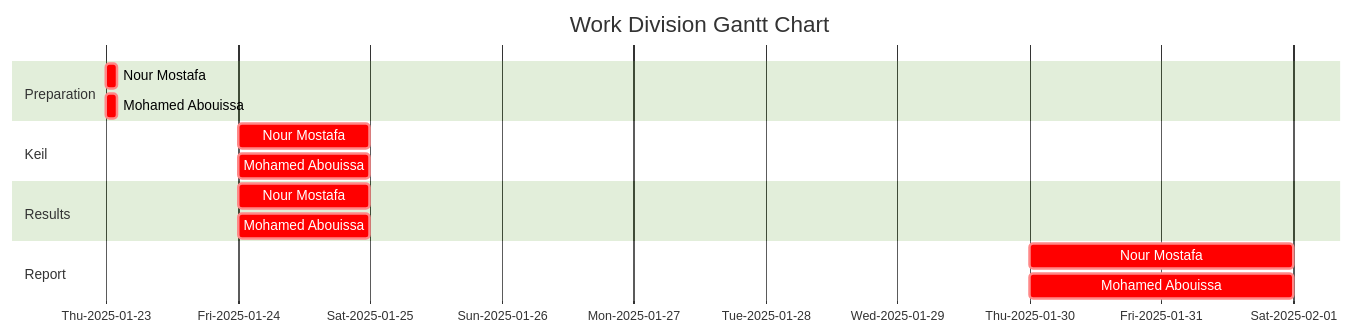
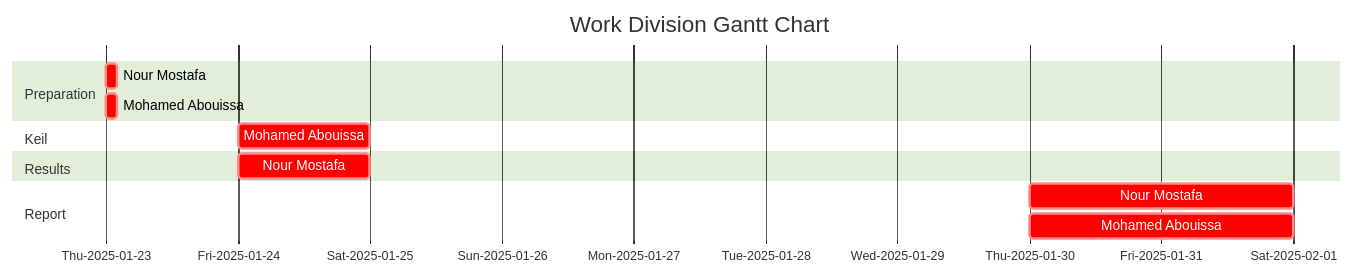
The diagram in Lab 01 - Digital Logic Implemented on a Microcontroller/README.md (MONO-1223/AURAK-CENG432-EmbeddedSystemDesignLab), drawn with Mermaid (forest theme) before and after one commit. The commit also changed other lines of this file, not shown here.

````diff
--- a/Lab 01 - Digital Logic Implemented on a Microcontroller/README.md
+++ b/Lab 01 - Digital Logic Implemented on a Microcontroller/README.md
@@ -286,19 +282,17 @@
 ```mermaid
 gantt
     title Work Division Gantt Chart
     tickInterval 1day
     todayMarker off
     axisFormat %a-%Y-%m-%d
     section Preparation         
         Nour Mostafa : crit, 2025-01-23 00:00, 02h
         Mohamed Abouissa : crit, 2025-01-23 00:00, 02h
     section Keil         
-        Nour Mostafa : crit, 2025-01-24 00:00, 1d
         Mohamed Abouissa : crit,2025-01-24 00:00, 1d
     section Results       
         Nour Mostafa : crit, 2025-01-24 00:00, 1d
-        Mohamed Abouissa : crit, 2025-01-24 00:00, 1d
     section Report
         Nour Mostafa : crit, 2025-01-30 00:00, 2d
         Mohamed Abouissa : crit, 2025-01-30 00:00, 2d
 ```
````
